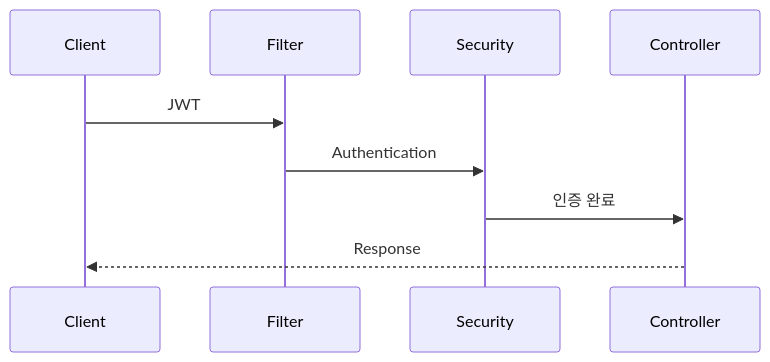
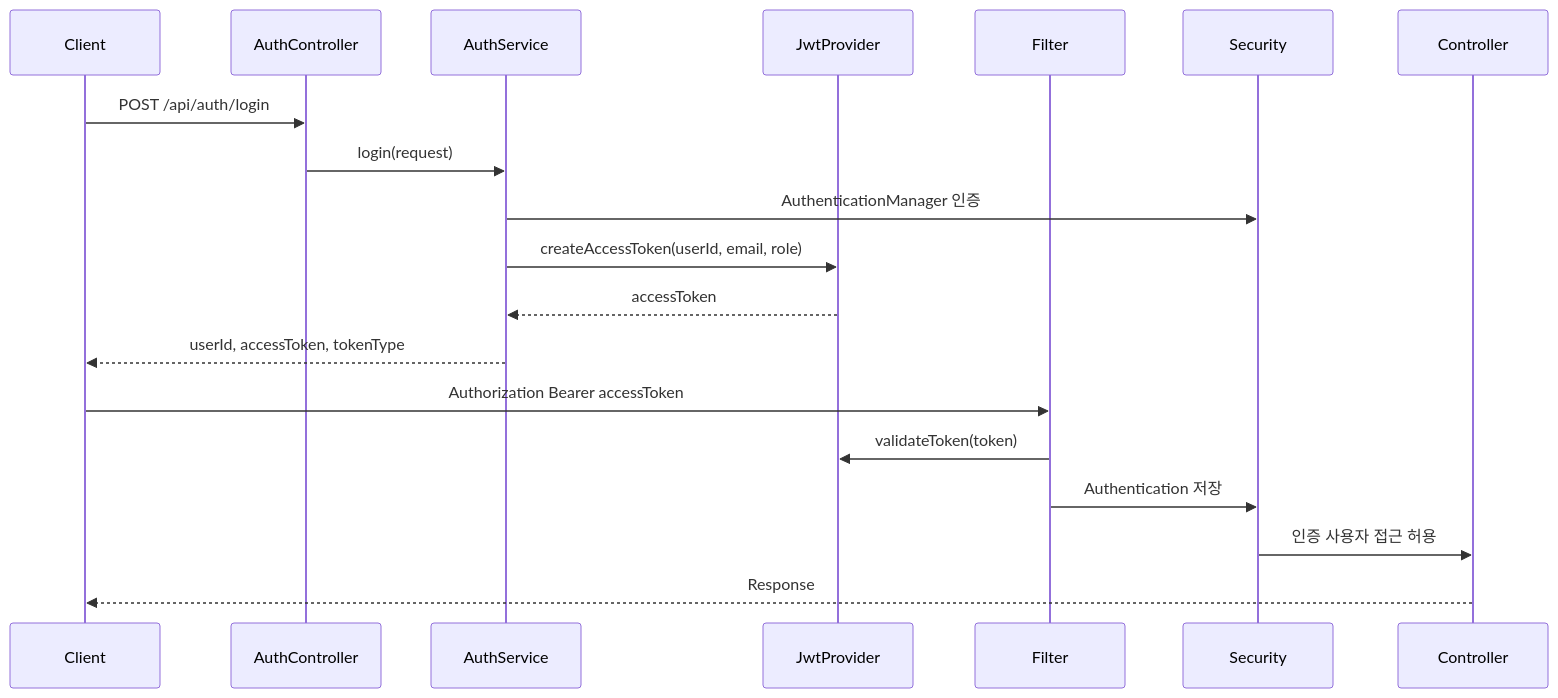
The fourth of 5 diagrams in docs/FELDBUCH_DEVELOPMENT_DOCUMENTATION.md (keunoh/feldbuch), drawn with Mermaid before and after one commit. The commit also changed other lines of this file and 2 other files, not shown here.

First line of the commit message:
docs: JWT 인증과 Axios 통신 흐름 문서화

````diff
--- a/docs/FELDBUCH_DEVELOPMENT_DOCUMENTATION.md
+++ b/docs/FELDBUCH_DEVELOPMENT_DOCUMENTATION.md
@@ -358,12 +418,22 @@
 ```mermaid
 sequenceDiagram
     participant Client
+    participant AuthController
+    participant AuthService
+    participant JwtProvider
     participant Filter
     participant Security
     participant Controller
 
-    Client->>Filter: JWT
-    Filter->>Security: Authentication
-    Security->>Controller: 인증 완료
+    Client->>AuthController: POST /api/auth/login
+    AuthController->>AuthService: login(request)
+    AuthService->>Security: AuthenticationManager 인증
+    AuthService->>JwtProvider: createAccessToken(userId, email, role)
+    JwtProvider-->>AuthService: accessToken
+    AuthService-->>Client: userId, accessToken, tokenType
+    Client->>Filter: Authorization Bearer accessToken
+    Filter->>JwtProvider: validateToken(token)
+    Filter->>Security: Authentication 저장
+    Security->>Controller: 인증 사용자 접근 허용
     Controller-->>Client: Response
 ```
````
